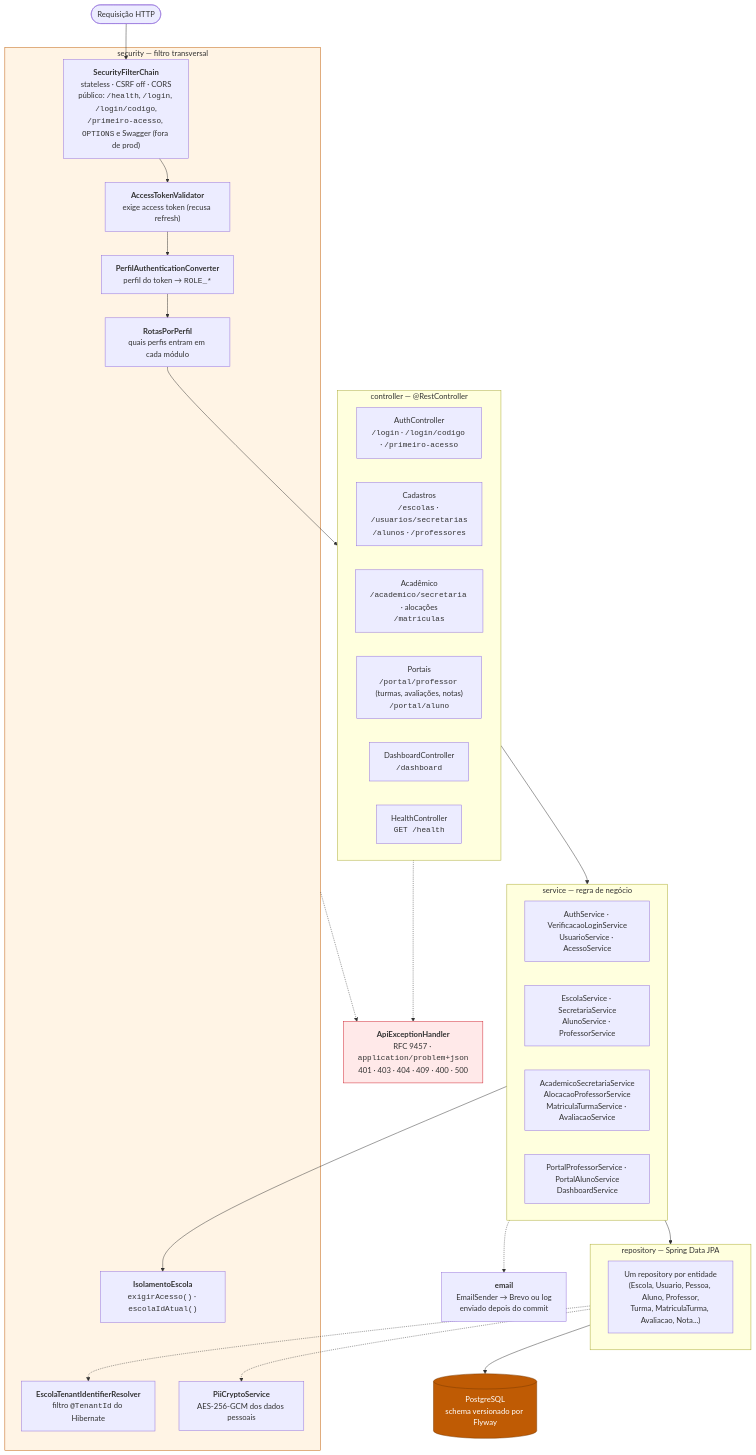
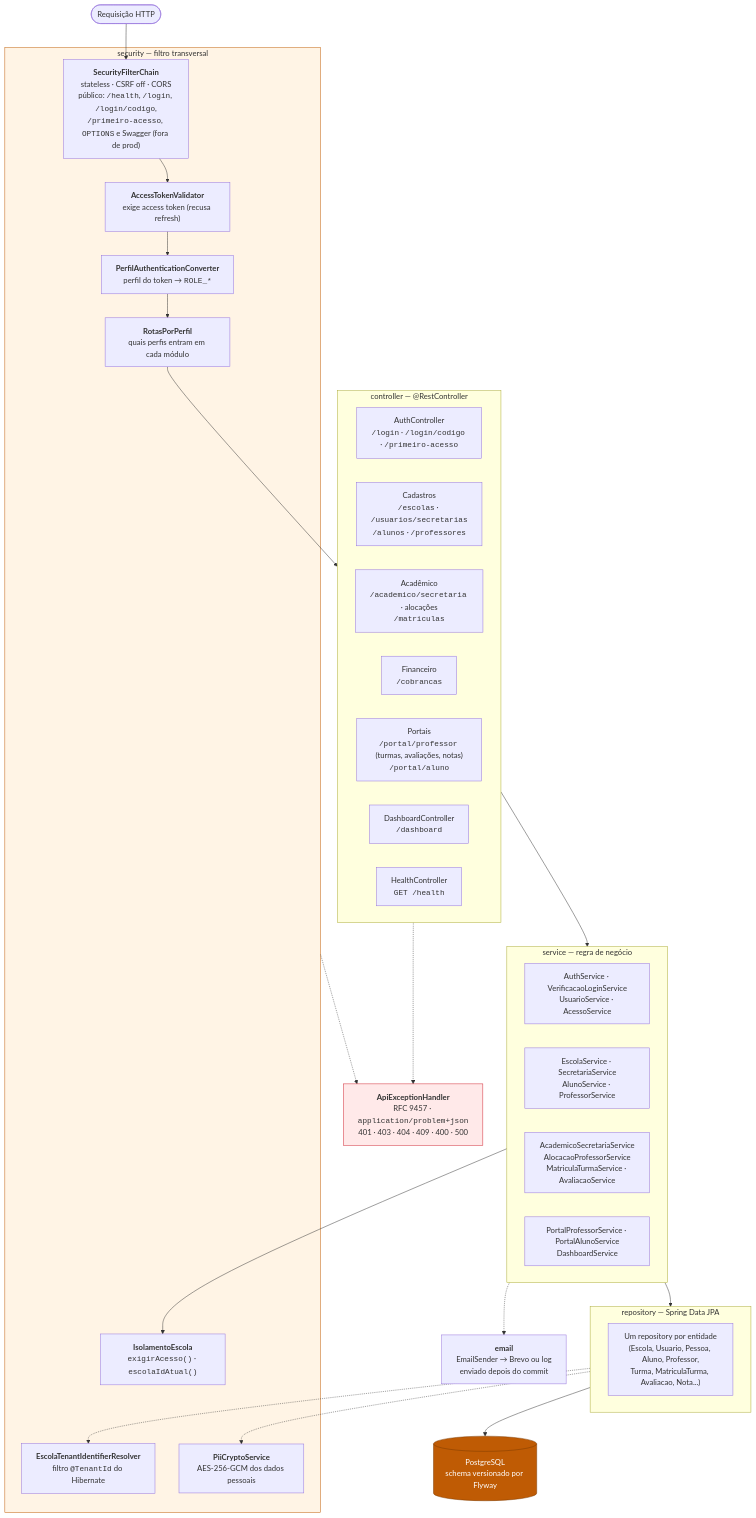
The fourth of 6 diagrams in Artefatos/arquitetura/arquitetura-da-solucao.md (ICEI-PUC-Minas-PMGES-TI/pmg-es-2026-2-ti3-9577100-eduka), drawn with Mermaid before and after one commit. The commit also changed other lines of this file and 1 other file, not shown here.

````diff
--- a/Artefatos/arquitetura/arquitetura-da-solucao.md
+++ b/Artefatos/arquitetura/arquitetura-da-solucao.md
@@ -150,52 +150,53 @@
 ```mermaid
 flowchart TB
     REQ(["Requisição HTTP"])
 
     subgraph sec["security — filtro transversal"]
         CHAIN["<b>SecurityFilterChain</b><br/>stateless · CSRF off · CORS<br/>público: <code>/health</code>, <code>/login</code>, <code>/login/codigo</code>,<br/><code>/primeiro-acesso</code>, <code>OPTIONS</code> e Swagger (fora de prod)"]
         VALID["<b>AccessTokenValidator</b><br/>exige access token (recusa refresh)"]
         CONV["<b>PerfilAuthenticationConverter</b><br/>perfil do token → <code>ROLE_*</code>"]
         ROTAS["<b>RotasPorPerfil</b><br/>quais perfis entram em cada módulo"]
         ISO["<b>IsolamentoEscola</b><br/><code>exigirAcesso()</code> · <code>escolaIdAtual()</code>"]
         TEN["<b>EscolaTenantIdentifierResolver</b><br/>filtro <code>@TenantId</code> do Hibernate"]
         PII["<b>PiiCryptoService</b><br/>AES-256-GCM dos dados pessoais"]
     end
 
     subgraph ctrl["controller — @RestController"]
         AUTHC["AuthController<br/><code>/login</code> · <code>/login/codigo</code> · <code>/primeiro-acesso</code>"]
         CADC["Cadastros<br/><code>/escolas</code> · <code>/usuarios/secretarias</code><br/><code>/alunos</code> · <code>/professores</code>"]
         ACADC["Acadêmico<br/><code>/academico/secretaria</code> · alocações<br/><code>/matriculas</code>"]
+        FINC["Financeiro<br/><code>/cobrancas</code>"]
         PORTC["Portais<br/><code>/portal/professor</code> (turmas, avaliações, notas)<br/><code>/portal/aluno</code>"]
         DASHC["DashboardController<br/><code>/dashboard</code>"]
         HLTC["HealthController<br/><code>GET /health</code>"]
     end
 
     subgraph svc["service — regra de negócio"]
         AUTHS["AuthService · VerificacaoLoginService<br/>UsuarioService · AcessoService"]
         CADS["EscolaService · SecretariaService<br/>AlunoService · ProfessorService"]
         ACADS["AcademicoSecretariaService<br/>AlocacaoProfessorService<br/>MatriculaTurmaService · AvaliacaoService"]
         PORTS["PortalProfessorService · PortalAlunoService<br/>DashboardService"]
     end
 
     subgraph repo["repository — Spring Data JPA"]
         REPOS["Um repository por entidade<br/>(Escola, Usuario, Pessoa, Aluno, Professor,<br/>Turma, MatriculaTurma, Avaliacao, Nota...)"]
     end
 
     MAIL["<b>email</b><br/>EmailSender → Brevo ou log<br/>enviado depois do commit"]
     DB[("PostgreSQL<br/>schema versionado por Flyway")]
     ERR["<b>ApiExceptionHandler</b><br/>RFC 9457 · <code>application/problem+json</code><br/>401 · 403 · 404 · 409 · 400 · 500"]
 
     REQ --> CHAIN --> VALID --> CONV --> ROTAS --> ctrl
     ctrl --> svc
     svc --> ISO
     svc --> repo --> DB
     svc -.-> MAIL
     repo -.-> TEN
     repo -.-> PII
     ctrl -.-> ERR
     sec -.-> ERR
 
     style sec fill:#fff4e5,stroke:#bf5b04
     style ERR fill:#ffe9e9,stroke:#cf222e
     style DB fill:#bf5b04,stroke:#7a3a00,color:#fff
 ```
````
